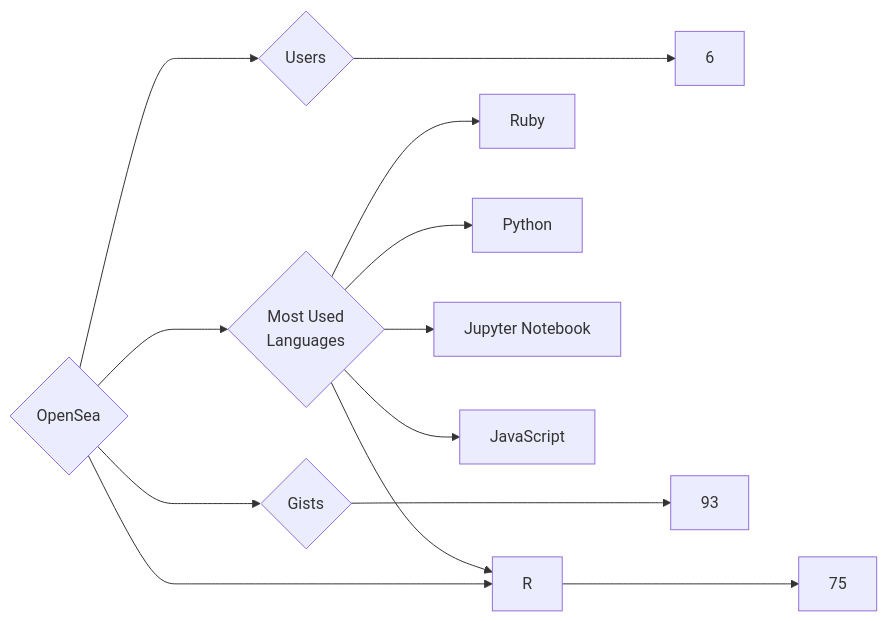
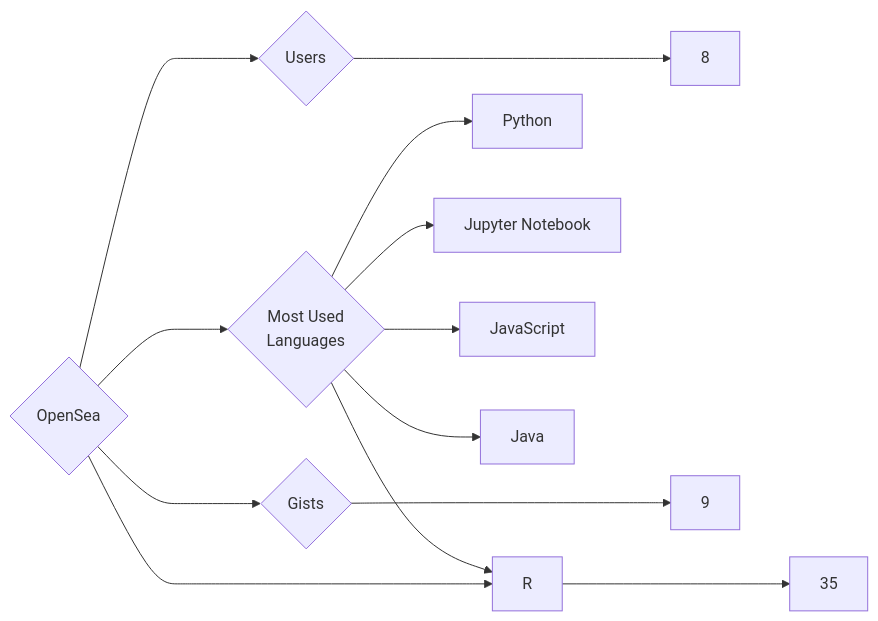
The diagram in targets/OpenSea/README.md (trickest/insiders), drawn with Mermaid before and after one commit. The commit also changed 1508 other files, not shown here.

````diff
--- a/targets/OpenSea/README.md
+++ b/targets/OpenSea/README.md
@@ -3,13 +3,13 @@
 ```mermaid
 graph LR
 COMPANY_NAME{OpenSea}
-COMPANY_NAME ---> U{Users} ---> UN[6]
-COMPANY_NAME ---> R{Repositories} ---> RN[75]
-COMPANY_NAME ---> G{Gists} ---> GN[93]
+COMPANY_NAME ---> U{Users} ---> UN[8]
+COMPANY_NAME ---> R{Repositories} ---> RN[35]
+COMPANY_NAME ---> G{Gists} ---> GN[9]
 COMPANY_NAME ---> ML{Most Used<br>Languages}
-ML --> Ruby[Ruby]
 ML --> Python[Python]
 ML --> Jupyter_Notebook[Jupyter Notebook]
 ML --> JavaScript[JavaScript]
 ML --> R[R]
+ML --> Java[Java]
 ```
````
